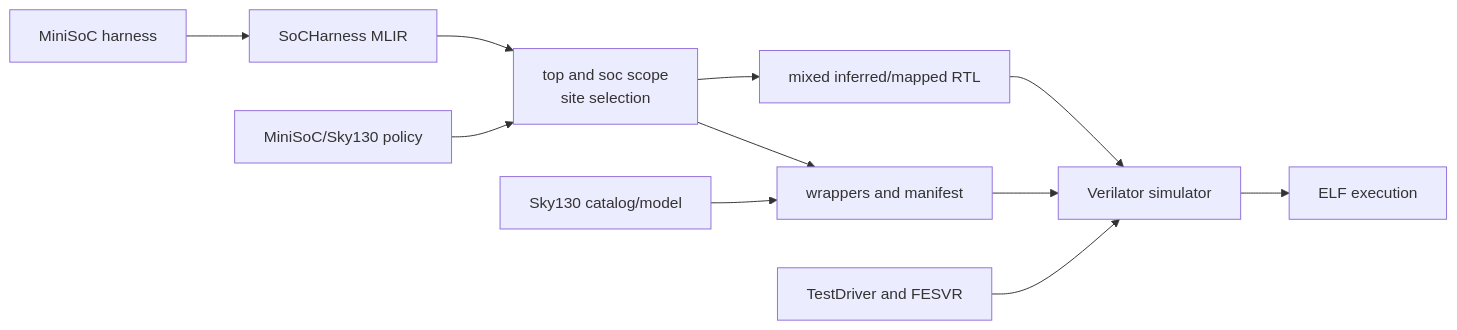
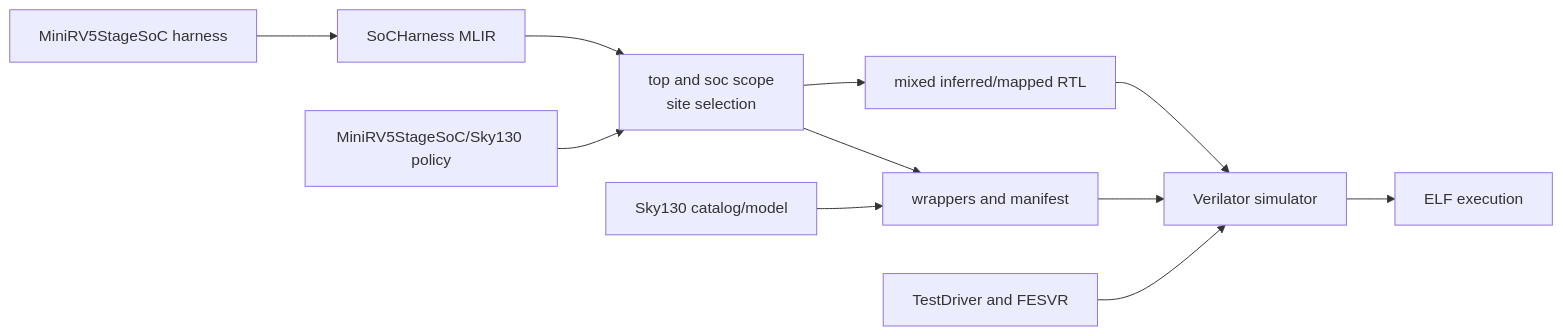
The diagram in vlsi/sim/DEVELOPING.md (jerryz123/rhodium), drawn with Mermaid before and after one commit. The commit also changed other lines of this file and 97 other files, not shown here.

````diff
--- a/vlsi/sim/DEVELOPING.md
+++ b/vlsi/sim/DEVELOPING.md
@@ -31,13 +31,13 @@
 ```mermaid
 flowchart LR
-  Harness["MiniSoC harness"] --> MLIR["SoCHarness MLIR"]
+  Harness["MiniRV5StageSoC harness"] --> MLIR["SoCHarness MLIR"]
   MLIR --> Select["top and soc scope<br/>site selection"]
-  Policy["MiniSoC/Sky130 policy"] --> Select
+  Policy["MiniRV5StageSoC/Sky130 policy"] --> Select
   Select --> Map["wrappers and manifest"]
   Catalog["Sky130 catalog/model"] --> Map
   Select --> Lower["mixed inferred/mapped RTL"]
   Map --> Build["Verilator simulator"]
   Lower --> Build
   Shared["TestDriver and FESVR"] --> Build
   Build --> Run["ELF execution"]
 ```
````
